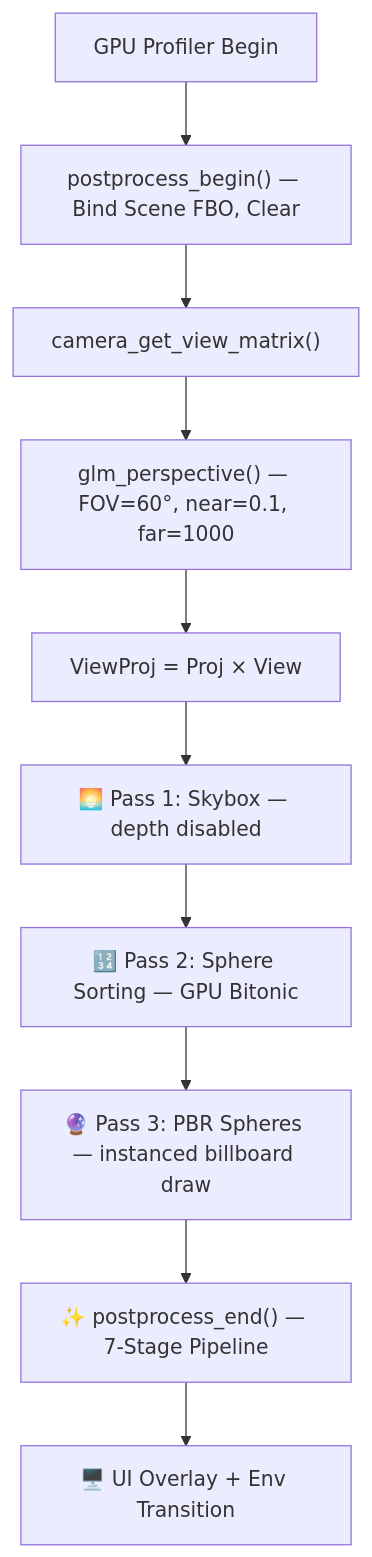
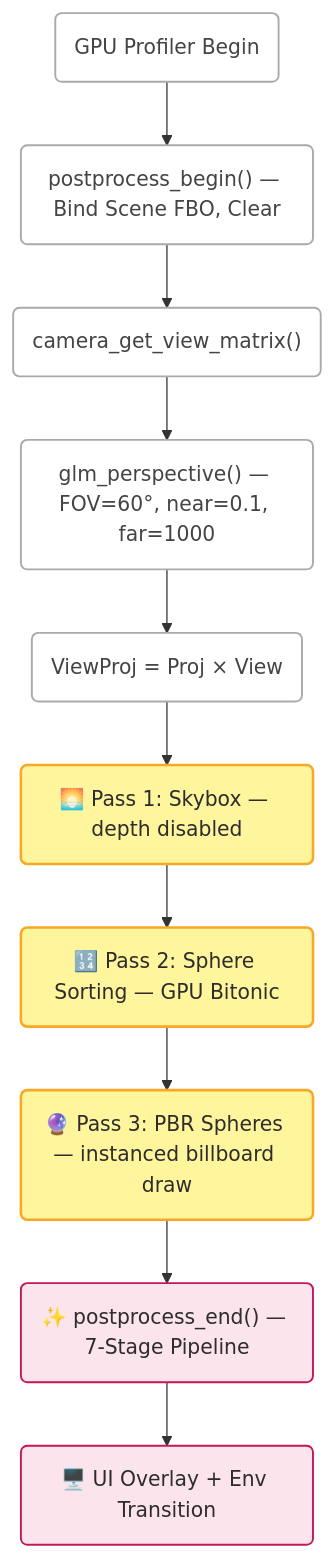
Diagram 14 of 17 in content/suckless-ogl-anatomie-frame-en.md (yoyonel/blog_source), drawn with Mermaid before and after one commit. The commit also changed other lines of this file and 4 other files, not shown here.

First line of the commit message:
refactor(mermaid): hand-drawn style + forced light mode for all browsers

```diff
--- a/content/suckless-ogl-anatomie-frame-en.md
+++ b/content/suckless-ogl-anatomie-frame-en.md
@@ -680,12 +745,21 @@
 <pre class="mermaid">
 graph TD
-    A["GPU Profiler Begin"] --> B["postprocess_begin() — Bind Scene FBO, Clear"]
-    B --> C["camera_get_view_matrix()"]
-    C --> D["glm_perspective() — FOV=60°, near=0.1, far=1000"]
-    D --> E["ViewProj = Proj × View"]
-    E --> G1["🌅 Pass 1: Skybox — depth disabled"]
-    G1 --> G2["🔢 Pass 2: Sphere Sorting — GPU Bitonic"]
-    G2 --> G3["🔮 Pass 3: PBR Spheres — instanced billboard draw"]
-    G3 --> H["✨ postprocess_end() — 7-Stage Pipeline"]
-    H --> I["🖥️ UI Overlay + Env Transition"]
+    A("GPU Profiler Begin") --> B("postprocess_begin() — Bind Scene FBO, Clear")
+    B --> C("camera_get_view_matrix()")
+    C --> D("glm_perspective() — FOV=60°, near=0.1, far=1000")
+    D --> E("ViewProj = Proj × View")
+    E --> G1("🌅 Pass 1: Skybox — depth disabled")
+    G1 --> G2("🔢 Pass 2: Sphere Sorting — GPU Bitonic")
+    G2 --> G3("🔮 Pass 3: PBR Spheres — instanced billboard draw")
+    G3 --> H("✨ postprocess_end() — 7-Stage Pipeline")
+    H --> I("🖥️ UI Overlay + Env Transition")
+
+    classDef keyFunc fill:#fff59d,stroke:#f9a825,stroke-width:2px,color:#2d2d2d
+    classDef loopNode fill:#e3f2fd,stroke:#42a5f5,stroke-width:1.5px,color:#2d2d2d
+    classDef setup fill:#ffffff,stroke:#aaaaaa,stroke-width:1.5px,color:#444444
+    classDef postfx fill:#fce4ec,stroke:#c2185b,stroke-width:1.5px,color:#2d2d2d
+
+    class G1,G2,G3 keyFunc
+    class A,B,C,D,E setup
+    class H,I postfx
 </pre>
```
